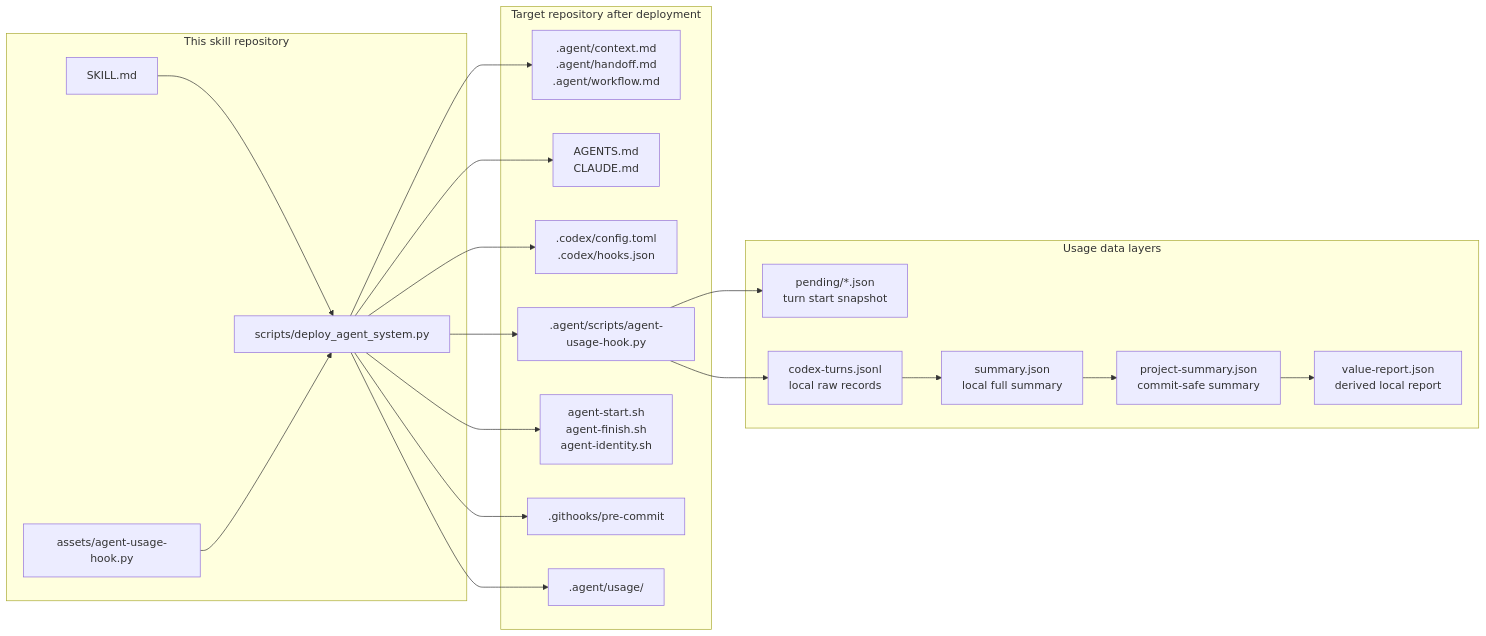
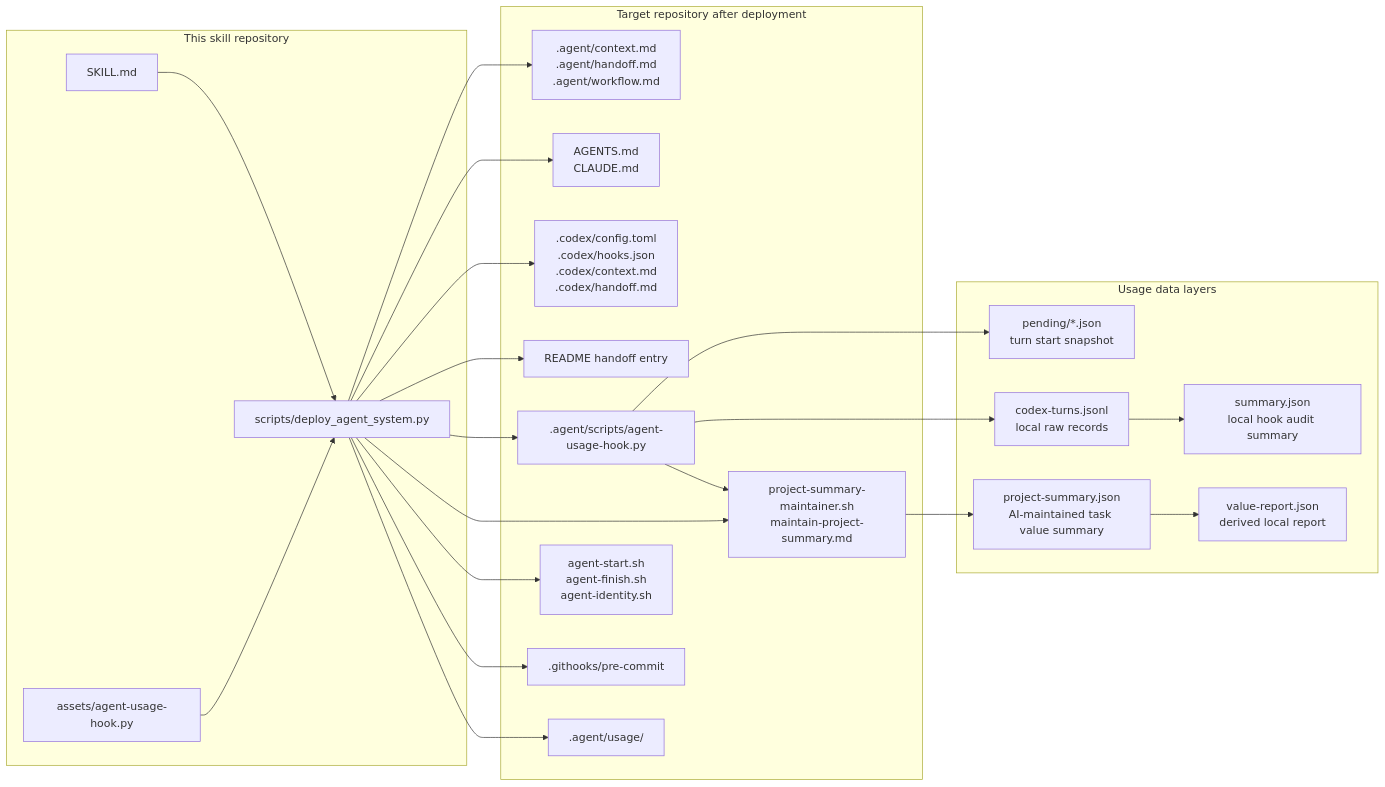
Before and after one commit to netlayer-team/agent-handoff-metrics-bootstrap: the first of 6 diagrams in docs/design.md, drawn with Mermaid. The commit also changed other lines of this file and 6 other files, not shown here.

Commit message:
feat(metrics): add task-level value summary maintainer

````diff
--- a/docs/design.md
+++ b/docs/design.md
@@ -22,41 +23,46 @@
 ```mermaid
 flowchart LR
   subgraph SkillRepo["This skill repository"]
     Skill["SKILL.md"]
     Deployer["scripts/deploy_agent_system.py"]
     HookAsset["assets/agent-usage-hook.py"]
   end
 
   subgraph TargetRepo["Target repository after deployment"]
     AgentDocs[".agent/context.md<br/>.agent/handoff.md<br/>.agent/workflow.md"]
     EntryAdapters["AGENTS.md<br/>CLAUDE.md"]
-    CodexConfig[".codex/config.toml<br/>.codex/hooks.json"]
+    CodexConfig[".codex/config.toml<br/>.codex/hooks.json<br/>.codex/context.md<br/>.codex/handoff.md"]
+    ReadmeEntry["README handoff entry"]
     RuntimeHook[".agent/scripts/agent-usage-hook.py"]
+    Maintainer["project-summary-maintainer.sh<br/>maintain-project-summary.md"]
     AgentScripts["agent-start.sh<br/>agent-finish.sh<br/>agent-identity.sh"]
     GitHooks[".githooks/pre-commit"]
     UsageStore[".agent/usage/"]
   end
 
   subgraph RuntimeData["Usage data layers"]
     Pending["pending/*.json<br/>turn start snapshot"]
     RawRecords["codex-turns.jsonl<br/>local raw records"]
-    FullSummary["summary.json<br/>local full summary"]
-    PublicSummary["project-summary.json<br/>commit-safe summary"]
+    FullSummary["summary.json<br/>local hook audit summary"]
+    PublicSummary["project-summary.json<br/>AI-maintained task value summary"]
     ValueReport["value-report.json<br/>derived local report"]
   end
 
   Skill --> Deployer
   HookAsset --> Deployer
   Deployer --> AgentDocs
   Deployer --> EntryAdapters
   Deployer --> CodexConfig
+  Deployer --> ReadmeEntry
   Deployer --> RuntimeHook
+  Deployer --> Maintainer
   Deployer --> AgentScripts
   Deployer --> GitHooks
   Deployer --> UsageStore
   RuntimeHook --> Pending
   RuntimeHook --> RawRecords
   RawRecords --> FullSummary
-  FullSummary --> PublicSummary
+  RuntimeHook --> Maintainer
+  Maintainer --> PublicSummary
   PublicSummary --> ValueReport
 ```
````
